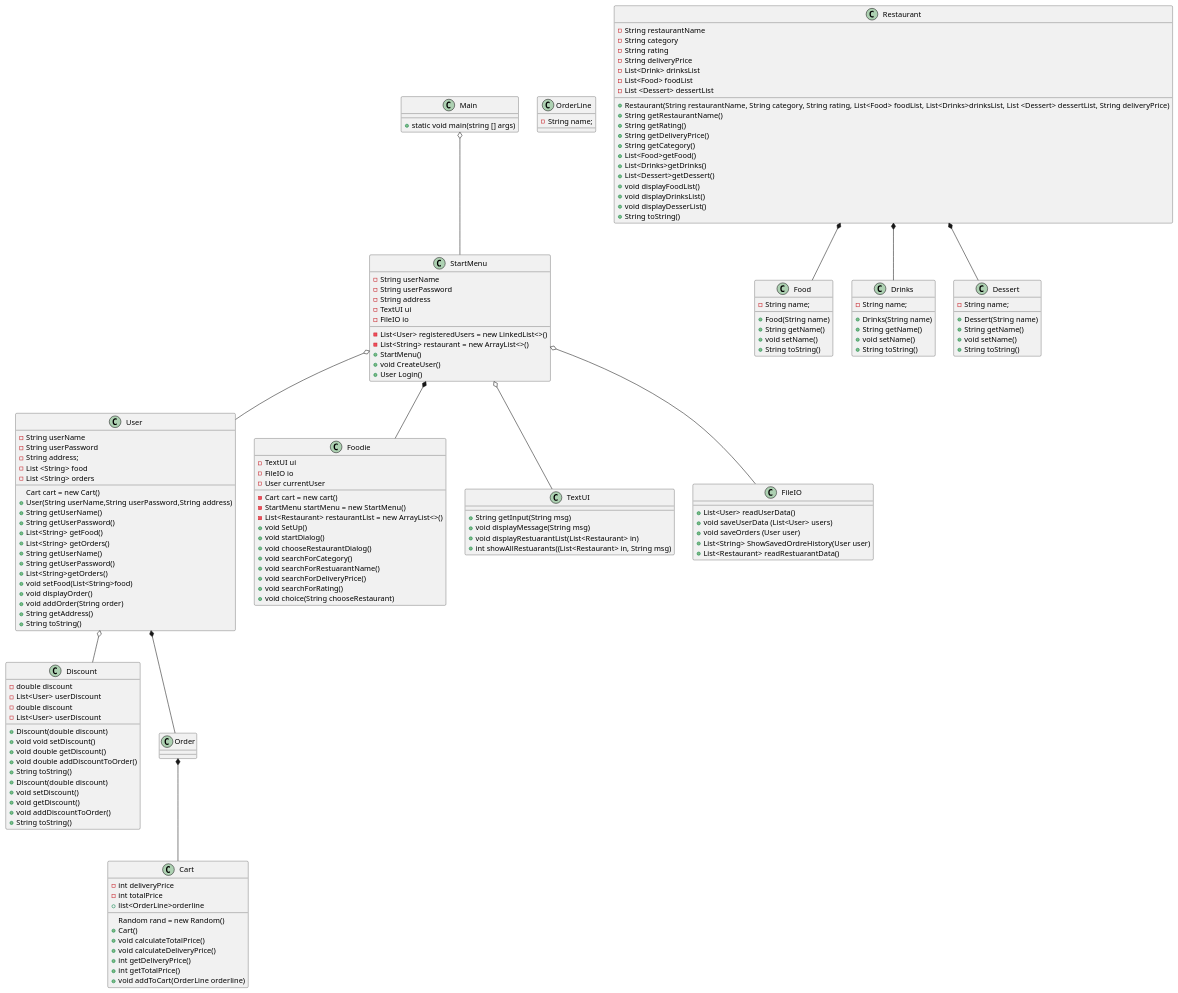
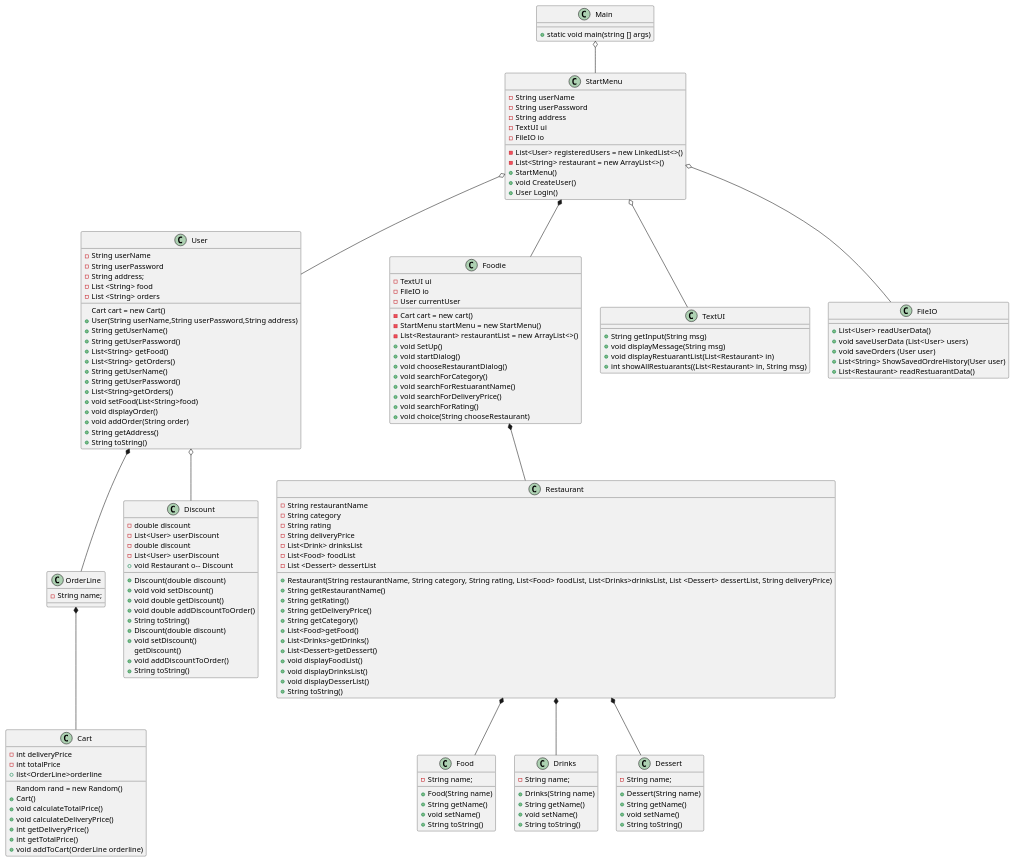
The diagram in Doc/ClassDiagram1.3.puml (Madihakhan1/ICE-2024), drawn with PlantUML before and after one commit. The commit also changed 5 other files, not shown here.

```diff
--- a/Doc/ClassDiagram1.3.puml
+++ b/Doc/ClassDiagram1.3.puml
@@ -1,179 +1,179 @@
 @startuml
 'https://plantuml.com/object-diagram
 
 class Main{
 + static void main(string [] args)
 }
 
 class StartMenu{
 - String userName
 - String userPassword
 - String address
 - List<User> registeredUsers = new LinkedList<>()
 - List<String> restaurant = new ArrayList<>()
 - TextUI ui
 - FileIO io
 + StartMenu()
 + void CreateUser()
 + User Login()
 }
 
 class User{
 - String userName
 - String userPassword
 - String address;
 - List <String> food
 - List <String> orders
   Cart cart = new Cart()
 + User(String userName,String userPassword,String address)
 + String getUserName()
 + String getUserPassword()
 + List<String> getFood()
 + List<String> getOrders()
 + String getUserName()
 + String getUserPassword()
 + List<String>getOrders()
 + void setFood(List<String>food)
 + void displayOrder()
 + void addOrder(String order)
 + String getAddress()
 + String toString()
 
 }
 
 class OrderLine{
 - String name;
 }
 
 class Discount{
 - double discount
 - List<User> userDiscount
 + Discount(double discount)
 + void void setDiscount()
 + void double getDiscount()
 + void double addDiscountToOrder()
 + String toString()
 }
 
 class Cart{
 Random rand = new Random()
 - int deliveryPrice
 - int totalPrice
 + list<OrderLine>orderline
 + Cart()
 + void calculateTotalPrice()
 + void calculateDeliveryPrice()
 + int getDeliveryPrice()
 + int getTotalPrice()
 + void addToCart(OrderLine orderline)
 }
 
  class Restaurant{
 - String restaurantName
 - String category
 - String rating
 - String deliveryPrice
 - List<Drink> drinksList
 - List<Food> foodList
 - List <Dessert> dessertList
 + Restaurant(String restaurantName, String category, String rating, List<Food> foodList, List<Drinks>drinksList, List <Dessert> dessertList, String deliveryPrice)
 + String getRestaurantName()
 + String getRating()
 + String getDeliveryPrice()
 + String getCategory()
 + List<Food>getFood()
 + List<Drinks>getDrinks()
 + List<Dessert>getDessert()
 + void displayFoodList()
 + void displayDrinksList()
 + void displayDesserList()
 + String toString()
 }
 
 class Foodie{
 - TextUI ui
 - FileIO io
 - Cart cart = new cart()
 - StartMenu startMenu = new StartMenu()
 - User currentUser
 - List<Restaurant> restaurantList = new ArrayList<>()
 + void SetUp()
 + void startDialog()
 + void chooseRestaurantDialog()
 + void searchForCategory()
 + void searchForRestuarantName()
 + void searchForDeliveryPrice()
 + void searchForRating()
 + void choice(String chooseRestaurant)
 }
 
 class Food{
 - String name;
 + Food(String name)
 + String getName()
 + void setName()
 + String toString()
 }
 
 class Drinks{
 - String name;
 + Drinks(String name)
 + String getName()
 + void setName()
 + String toString()
 }
 
 class Dessert{
 - String name;
 + Dessert(String name)
 + String getName()
 + void setName()
 + String toString()
 }
 
 class Discount{
 - double discount
 - List<User> userDiscount
 + Discount(double discount)
 + void setDiscount()
-+ void getDiscount()
++ void Restaurant o-- Discount
+getDiscount()
 + void addDiscountToOrder()
 + String toString()
 }
 
 class TextUI{
 + String getInput(String msg)
 + void displayMessage(String msg)
 + void displayRestuarantList(List<Restaurant> in)
 + int showAllRestuarants((List<Restaurant> in, String msg)
 }
 
 class FileIO{
 + List<User> readUserData()
 + void saveUserData (List<User> users)
 + void saveOrders (User user)
 + List<String> ShowSavedOrdreHistory(User user)
 + List<Restaurant> readRestuarantData()
 }
 
 
 Main o-- StartMenu
 
 StartMenu o-- TextUI
 StartMenu o-- FileIO
 StartMenu o-- User
+StartMenu *-- Foodie
 
-User *-- Order
+Foodie *-- Restaurant
+
+User *-- OrderLine
 User o-- Discount
 
-StartMenu *-- Foodie
-
-Order *-- Cart
+OrderLine *-- Cart
 
 Restaurant *-- Food
 Restaurant *-- Drinks
 Restaurant *-- Dessert
 
-
-
 @enduml
```
